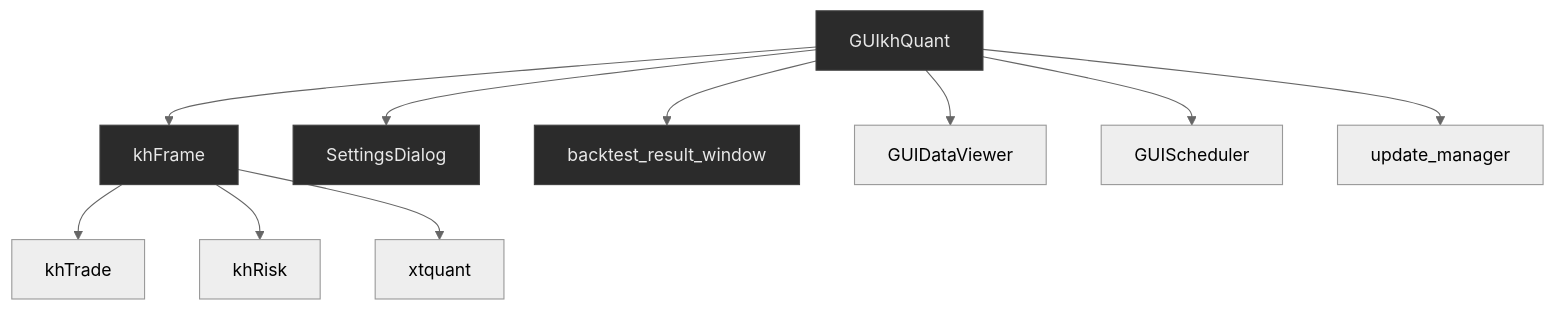
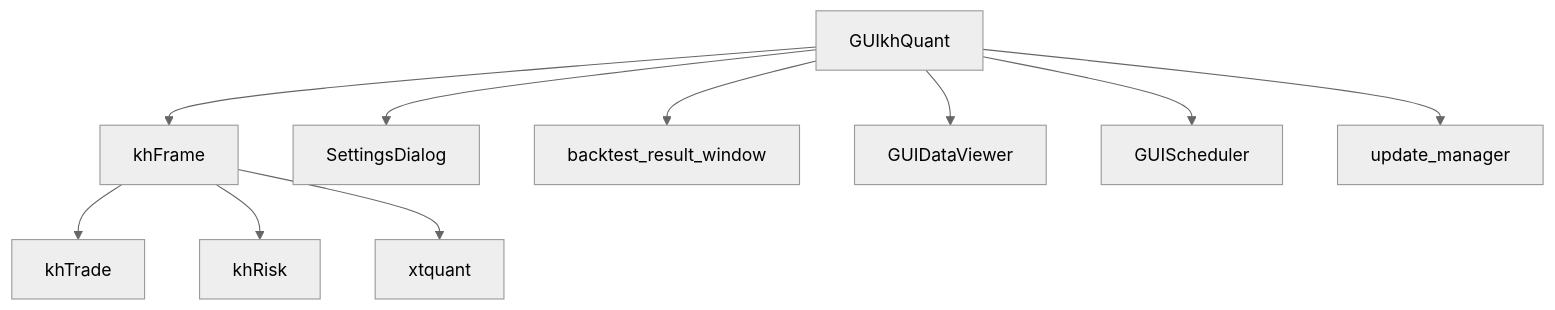
Before and after one commit to afanty2021/OSkhQuant: the fourth of 4 diagrams in .qoder/repowiki/zh/content/模块参考/GUI模块/GUI模块.md, drawn with Mermaid (neutral theme). The commit also changed other lines of this file and 3 other files, not shown here.

````diff
--- a/.qoder/repowiki/zh/content/模块参考/GUI模块/GUI模块.md
+++ b/.qoder/repowiki/zh/content/模块参考/GUI模块/GUI模块.md
@@ -130,16 +142,12 @@
 ```mermaid
 graph TD
 GUIkhQuant --> khFrame
 GUIkhQuant --> SettingsDialog
 GUIkhQuant --> backtest_result_window
 GUIkhQuant --> GUIDataViewer
 GUIkhQuant --> GUIScheduler
 GUIkhQuant --> update_manager
 khFrame --> khTrade
 khFrame --> khRisk
 khFrame --> xtquant
-style GUIkhQuant fill:#2b2b2b,stroke:#404040,color:#e8e8e8
-style khFrame fill:#2b2b2b,stroke:#404040,color:#e8e8e8
-style SettingsDialog fill:#2b2b2b,stroke:#404040,color:#e8e8e8
-style backtest_result_window fill:#2b2b2b,stroke:#404040,color:#e8e8e8
 ```
````
